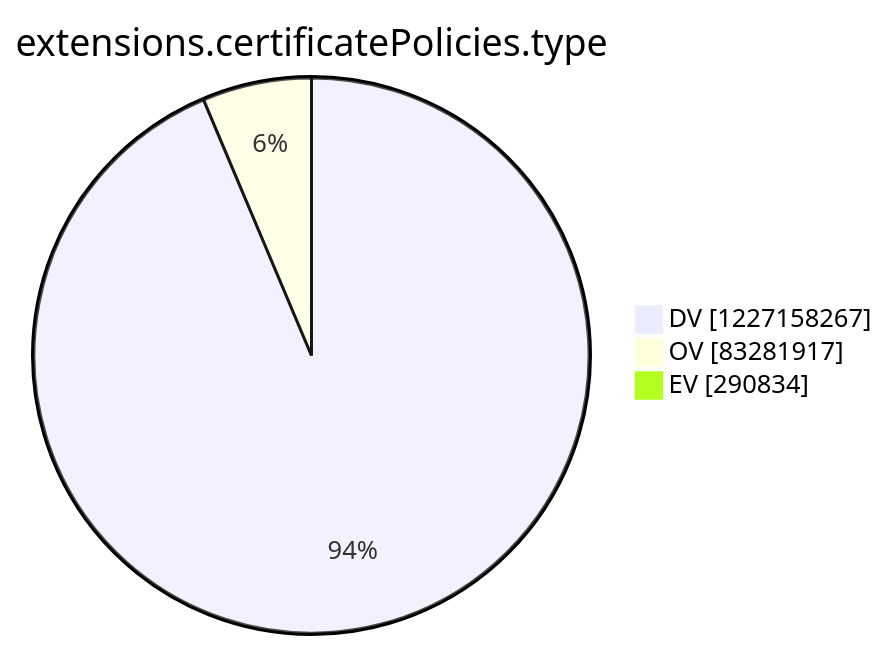
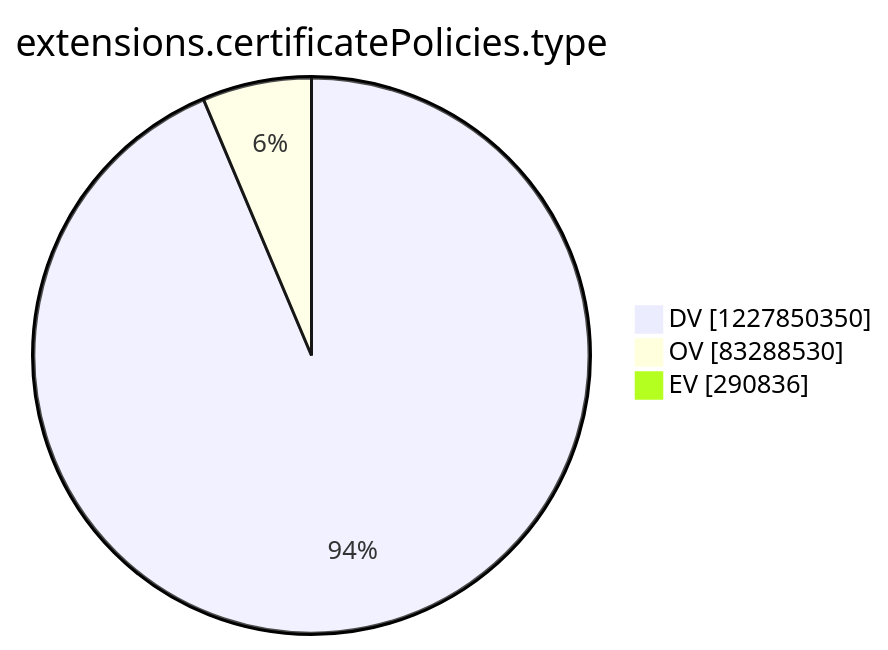
Before and after one commit to christiankrug/ctmonitor_visualization: the tenth of 15 diagrams in argon2022/README.md, drawn with Mermaid. The commit also changed other lines of this file, not shown here.

````diff
--- a/argon2022/README.md
+++ b/argon2022/README.md
@@ -2770,7 +2770,7 @@
 ```mermaid
 pie showData
 title extensions.certificatePolicies.type
-"DV" :1227158267
-"OV" :83281917
-"EV" :290834
+"DV" :1227850350
+"OV" :83288530
+"EV" :290836
 ```
````
